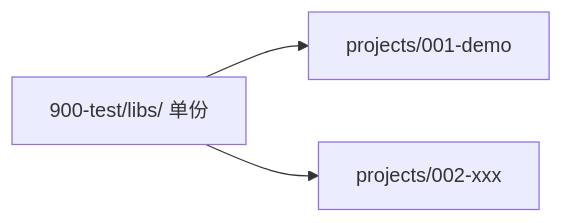
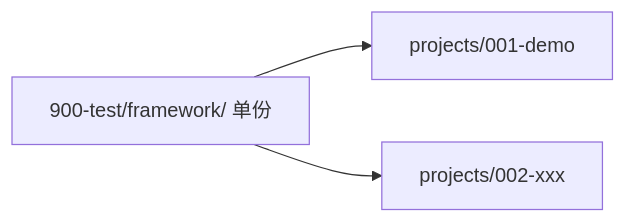
The second of 5 diagrams in docs/design/platform-plan.md (Clara-NP/demo), drawn with Mermaid before and after one commit. The commit also changed other lines of this file and 28 other files, not shown here.

````diff
--- a/docs/design/platform-plan.md
+++ b/docs/design/platform-plan.md
@@ -435,5 +437,5 @@
 ```mermaid
 graph LR
-  L[900-test/libs/ 单份] --> P1[projects/001-demo]
+  L[900-test/framework/ 单份] --> P1[projects/001-demo]
   L --> P2[projects/002-xxx]
 ```
````
